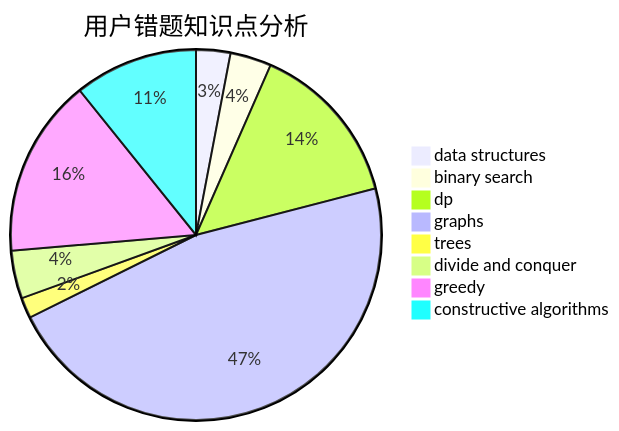
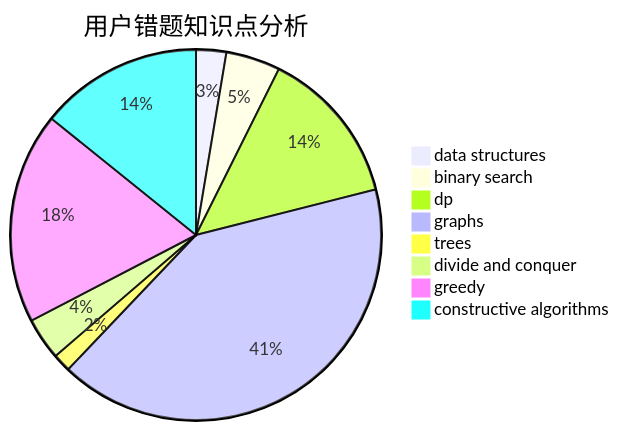
One commit to sherpahu/cfrs.github.io changed the third of 3 diagrams in docs/user/u2402.md. Above: the diagram before and after it, drawn with Mermaid. The commit also changed other lines of this file and 2770 other files, not shown here.

````diff
--- a/docs/user/u2402.md
+++ b/docs/user/u2402.md
@@ -36,11 +36,11 @@
 ```mermaid
 pie title 用户错题知识点分析
     "data structures" :  5
-    "binary search" :  6
-    "dp" :  24
+    "binary search" :  9
+    "dp" :  26
     "graphs" :  78
     "trees" :  3
     "divide and conquer" :  7
-    "greedy" :  26
-    "constructive algorithms" :  18
+    "greedy" :  35
+    "constructive algorithms" :  27
 ```
````
